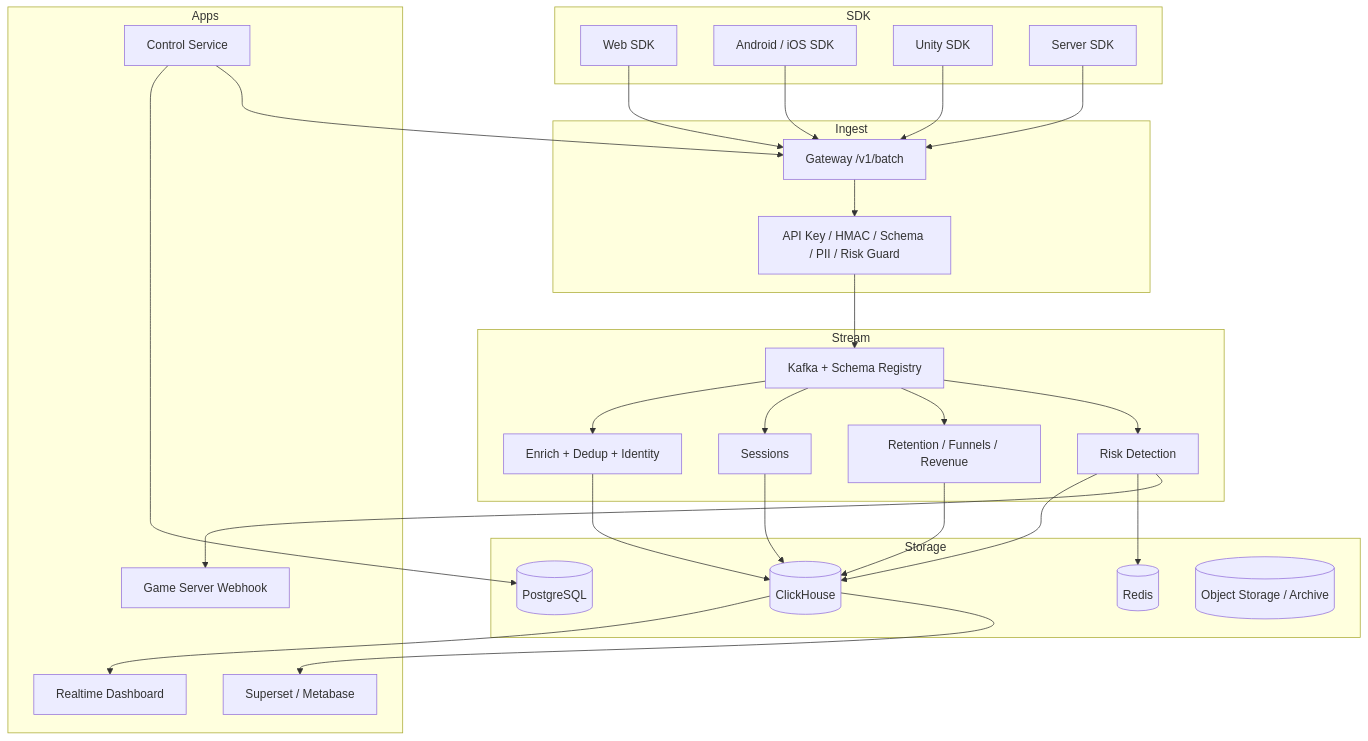
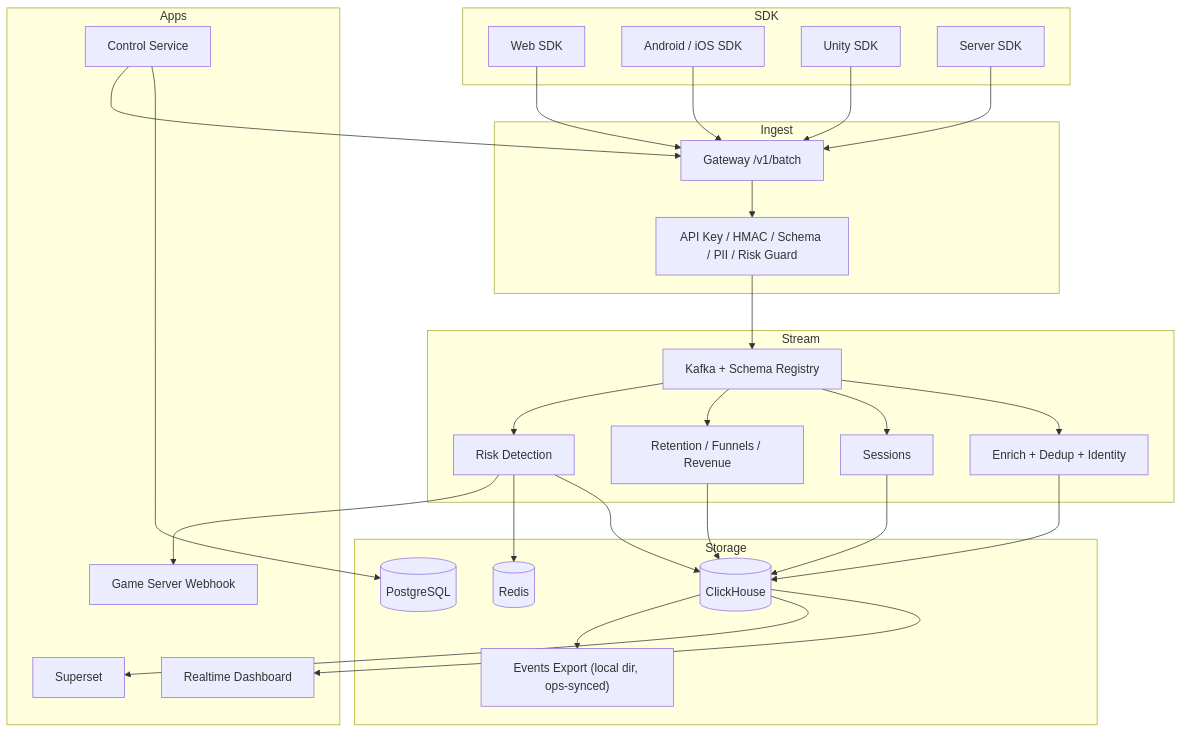
The diagram in README.md (cuihairu/oddsmaker), drawn with Mermaid before and after one commit. The commit also changed 16 other files, not shown here.

````diff
--- a/README.md
+++ b/README.md
@@ -61,57 +61,58 @@
 ```mermaid
 flowchart TB
     subgraph SDK
         Web[Web SDK]
         Mobile[Android / iOS SDK]
         Unity[Unity SDK]
         Server[Server SDK]
     end
 
     subgraph Ingest
         Gateway[Gateway /v1/batch]
         Guard[API Key / HMAC / Schema / PII / Risk Guard]
     end
 
     subgraph Stream
         Kafka[Kafka + Schema Registry]
         Enrich[Enrich + Dedup + Identity]
         Session[Sessions]
         Analytics[Retention / Funnels / Revenue]
         Risk[Risk Detection]
     end
 
     subgraph Storage
         ClickHouse[(ClickHouse)]
         Postgres[(PostgreSQL)]
         Redis[(Redis)]
-        Archive[(Object Storage / Archive)]
+        Archive["Events Export (local dir, ops-synced)"]
     end
 
     subgraph Apps
         Control[Control Service]
         Dashboard[Realtime Dashboard]
-        BI[Superset / Metabase]
+        BI[Superset]
         Webhook[Game Server Webhook]
     end
 
     Web --> Gateway
     Mobile --> Gateway
     Unity --> Gateway
     Server --> Gateway
     Gateway --> Guard
     Guard --> Kafka
     Kafka --> Enrich
     Kafka --> Session
     Kafka --> Analytics
     Kafka --> Risk
     Enrich --> ClickHouse
     Session --> ClickHouse
     Analytics --> ClickHouse
     Risk --> ClickHouse
     Risk --> Redis
     Risk --> Webhook
     Control --> Postgres
     Control --> Gateway
     ClickHouse --> Dashboard
     ClickHouse --> BI
+    ClickHouse --> Archive
 ```
````
